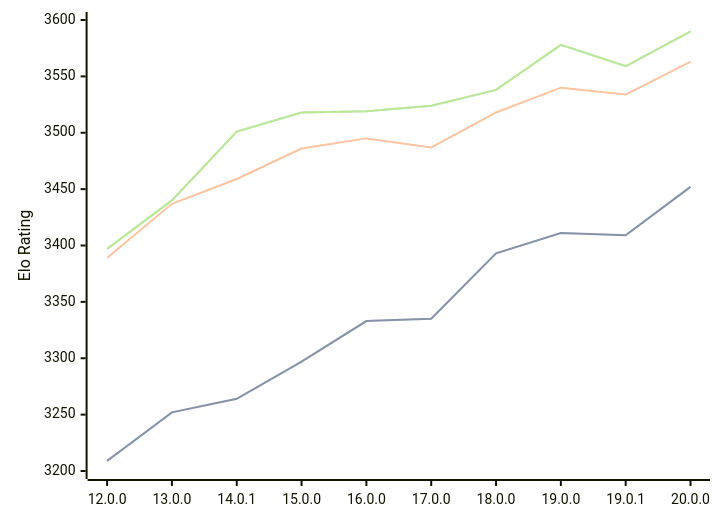
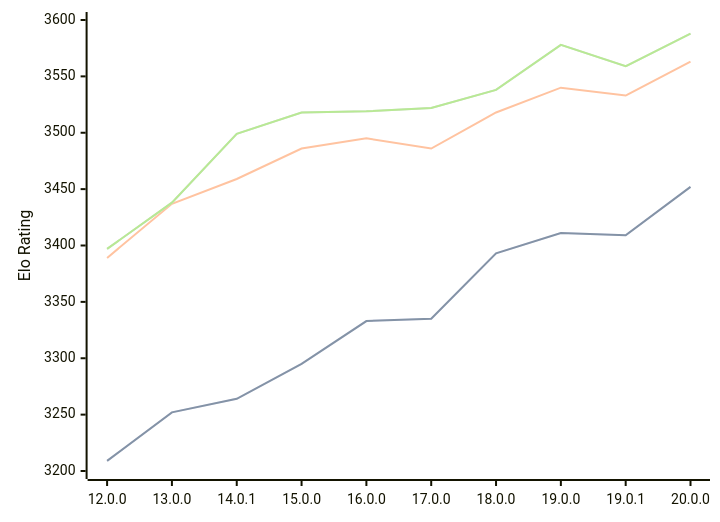
The diagram in engines/Viridithas.md (computer-chess-index/cci), drawn with Mermaid before and after one commit. The commit also changed other lines of this file, not shown here.

Commit message:
Update CCI Ratings (ELO VLTC) - 2026-09-11

````diff
--- a/engines/Viridithas.md
+++ b/engines/Viridithas.md
@@ -40,11 +40,11 @@
 ```mermaid
 %%{init: {"theme":"base","themeVariables":{"seriesColors:['#a3a3a3','#222221','#faa371']}}}%%
 xychart-beta
   x-axis ["12.0.0", "13.0.0", "14.0.1", "15.0.0", "16.0.0", "17.0.0", "18.0.0", "19.0.0", "19.0.1", "20.0.0"]
   y-axis "Elo Rating" 3200 --> 3600
-  line "" [3209, 3252, 3264, 3297, 3333, 3335, 3393, 3411, 3409, 3452]
-  line "STC (8.0+0.08s)" [3209, 3252, 3264, 3297, 3333, 3335, 3393, 3411, 3409, 3452]
-  line "LTC (60.0+0.60s)" [3389, 3437, 3459, 3486, 3495, 3487, 3518, 3540, 3534, 3563]
-  line "" [3397, 3440, 3501, 3518, 3519, 3524, 3538, 3578, 3559, 3590]
-  line "VLTC (2m24s+1.12s)" [3397, 3440, 3501, 3518, 3519, 3524, 3538, 3578, 3559, 3590]
+  line "" [3209, 3252, 3264, 3295, 3333, 3335, 3393, 3411, 3409, 3452]
+  line "STC (8.0+0.08s)" [3209, 3252, 3264, 3295, 3333, 3335, 3393, 3411, 3409, 3452]
+  line "LTC (60.0+0.60s)" [3389, 3437, 3459, 3486, 3495, 3486, 3518, 3540, 3533, 3563]
+  line "" [3397, 3438, 3499, 3518, 3519, 3522, 3538, 3578, 3559, 3588]
+  line "VLTC (2m24s+1.12s)" [3397, 3438, 3499, 3518, 3519, 3522, 3538, 3578, 3559, 3588]
 ```
````
